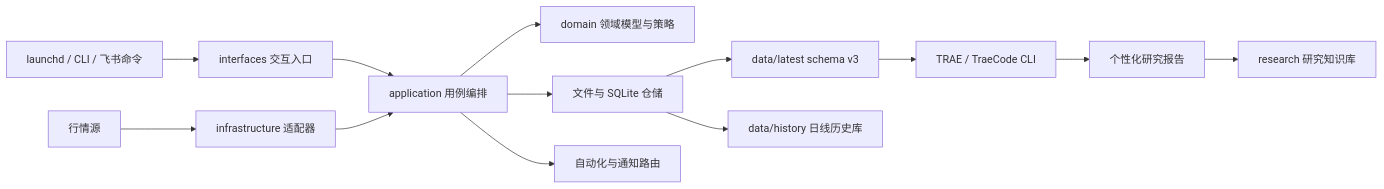
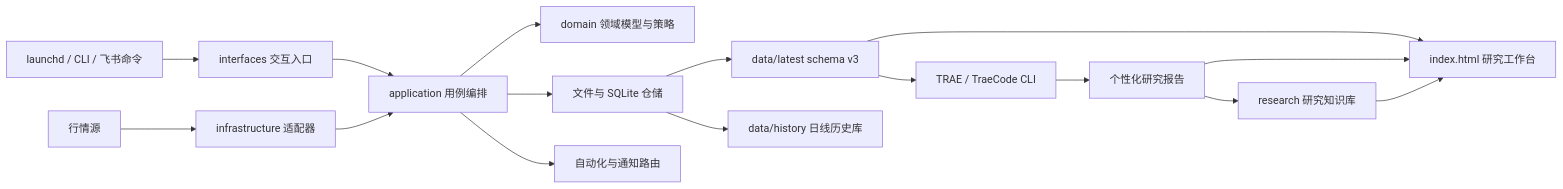
The first of 4 diagrams in docs/architecture.md (lapixiaoxin/quant), drawn with Mermaid before and after one commit. The commit also changed other lines of this file and 38 other files, not shown here.

````diff
--- a/docs/architecture.md
+++ b/docs/architecture.md
@@ -7,15 +7,18 @@
 ```mermaid
 flowchart LR
     T[launchd / CLI / 飞书命令] --> I[interfaces 交互入口]
     I --> A[application 用例编排]
     A --> D[domain 领域模型与策略]
     M[行情源] --> X[infrastructure 适配器]
     X --> A
     A --> F[文件与 SQLite 仓储]
     A --> N[自动化与通知路由]
     F --> P[data/latest schema v3]
     F --> H[data/history 日线历史库]
     P --> R[TRAE / TraeCode CLI]
     R --> O[个性化研究报告]
     O --> K[research 研究知识库]
+    P --> W[index.html 研究工作台]
+    O --> W
+    K --> W
 ```
````
